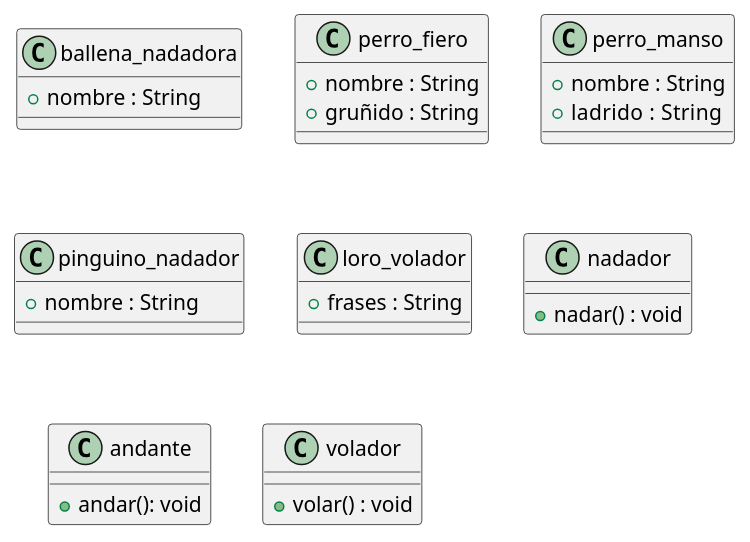
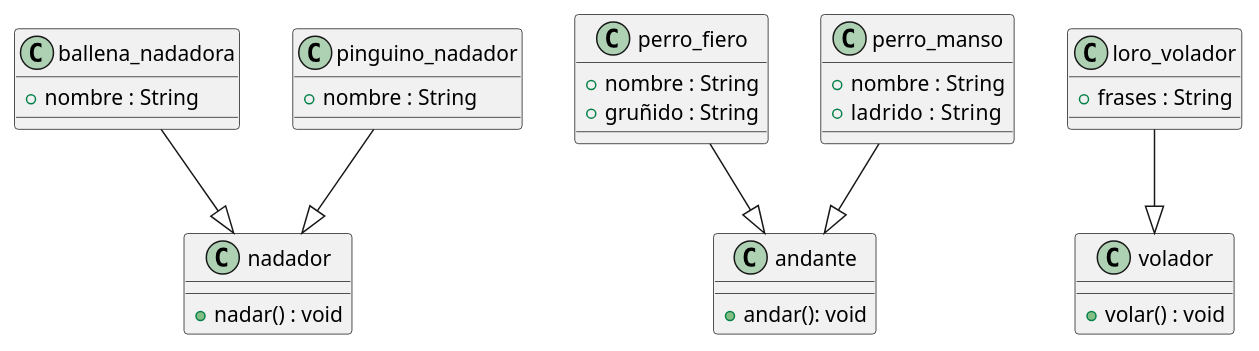
Before and after one commit to Carlosmanuelpre/ArcaNoelia_CarlosP: the diagram in ArcaDeNoelia_CarlosP.puml, drawn with PlantUML.

Commit message:
Esta vez vamos a establecer sus diferentes relaciones

```diff
--- a/ArcaDeNoelia_CarlosP.puml
+++ b/ArcaDeNoelia_CarlosP.puml
@@ -1,29 +1,35 @@
 @startuml
 class ballena_nadadora{
 + nombre : String
 }
 class perro_fiero{
 + nombre : String
 + gruñido : String
 }
 class perro_manso{
 + nombre : String
 + ladrido :  String
 }
 class pinguino_nadador{
 + nombre : String
 }
 class loro_volador{
 + frases : String
 }
 class nadador{
 + nadar() : void
 }
 class andante{
 +andar(): void
 }
 
 class volador{
 +volar() : void
 }
+
+ballena_nadadora --^ nadador
+perro_fiero --^ andante
+perro_manso --^ andante
+pinguino_nadador --^ nadador
+loro_volador --^ volador
 @enduml
```
